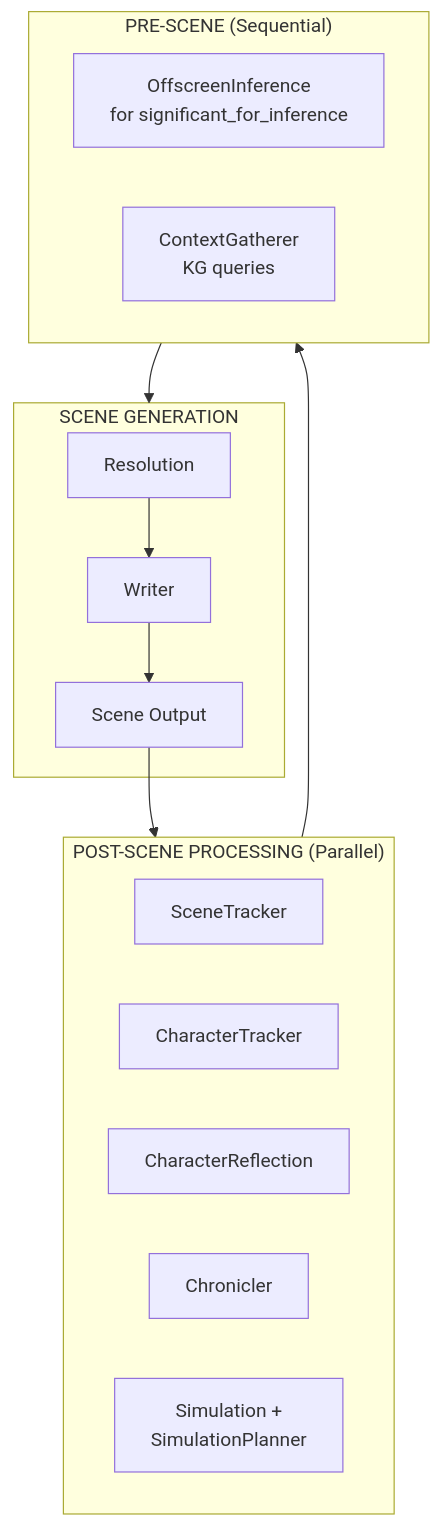
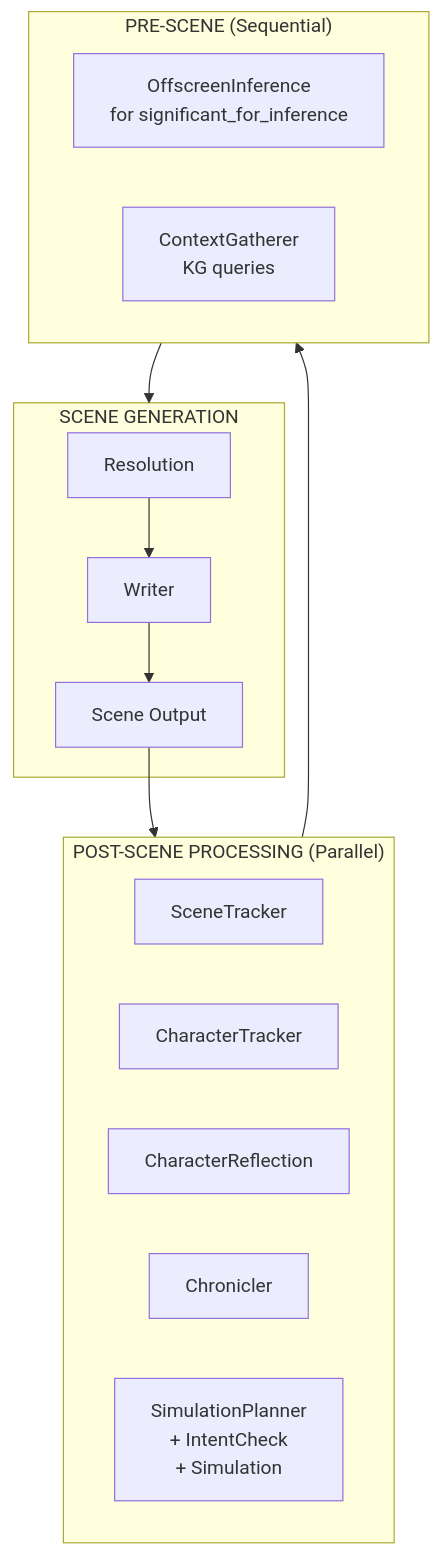
One commit to Czopenchauer/FableCraft changed the first of 5 diagrams in doc/adr/SimulationSystemDesign.md. Above: the diagram before and after it, drawn with Mermaid. The commit also changed other lines of this file and 35 other files, not shown here.

````diff
--- a/doc/adr/SimulationSystemDesign.md
+++ b/doc/adr/SimulationSystemDesign.md
@@ -362,25 +347,25 @@
 ```mermaid
 flowchart TD
     subgraph Scene["SCENE GENERATION"]
         R[Resolution] --> W[Writer]
         W --> S[Scene Output]
     end
     
     subgraph Post["POST-SCENE PROCESSING (Parallel)"]
         direction LR
         ST[SceneTracker]
         CT[CharacterTracker]
         CR[CharacterReflection]
         CH[Chronicler]
-        SIM[Simulation +<br/>SimulationPlanner]
+        SIM[SimulationPlanner<br/>+ IntentCheck<br/>+ Simulation]
     end
     
     subgraph PreScene["PRE-SCENE (Sequential)"]
         OI[OffscreenInference<br/>for significant_for_inference]
         CG[ContextGatherer<br/>KG queries]
     end
     
     S --> Post
     Post --> PreScene
     PreScene --> Scene
 ```
````
